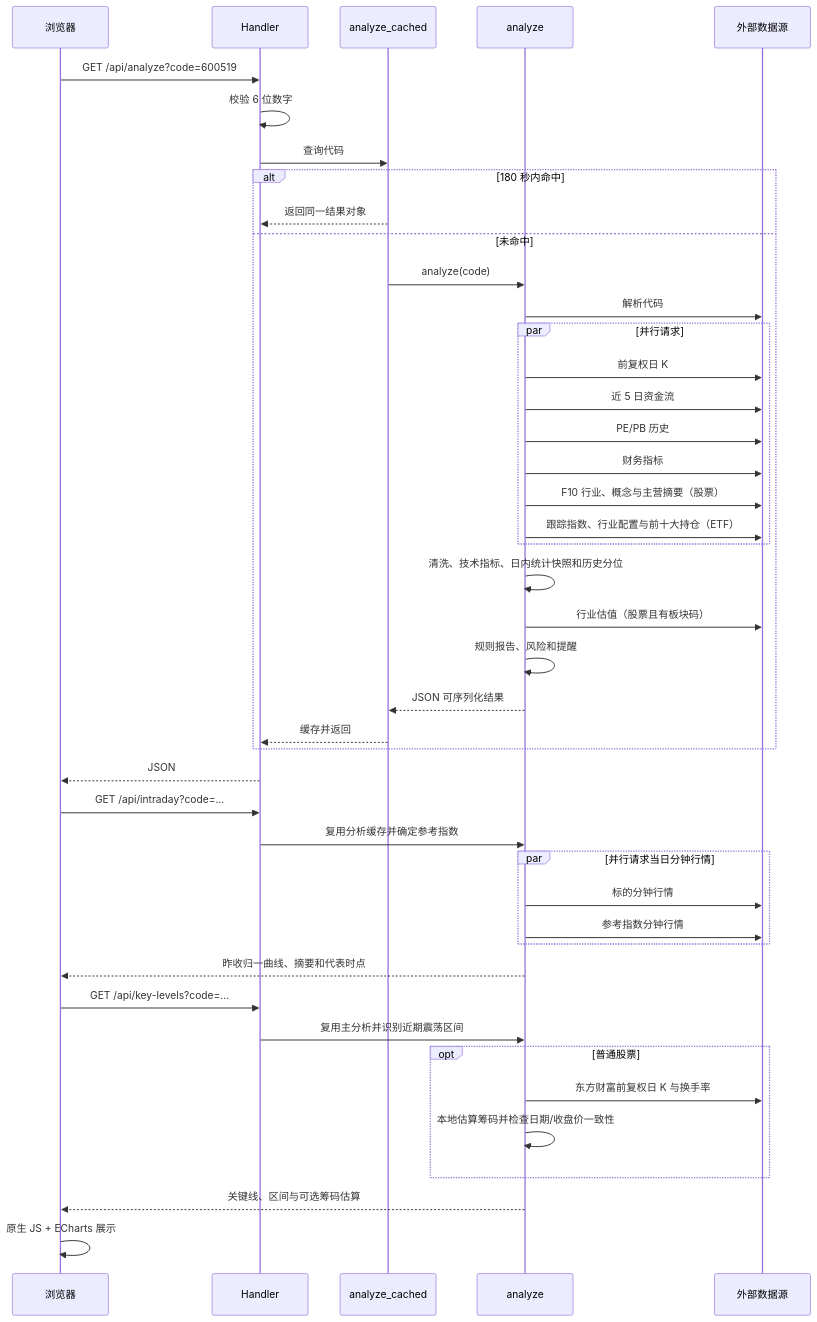
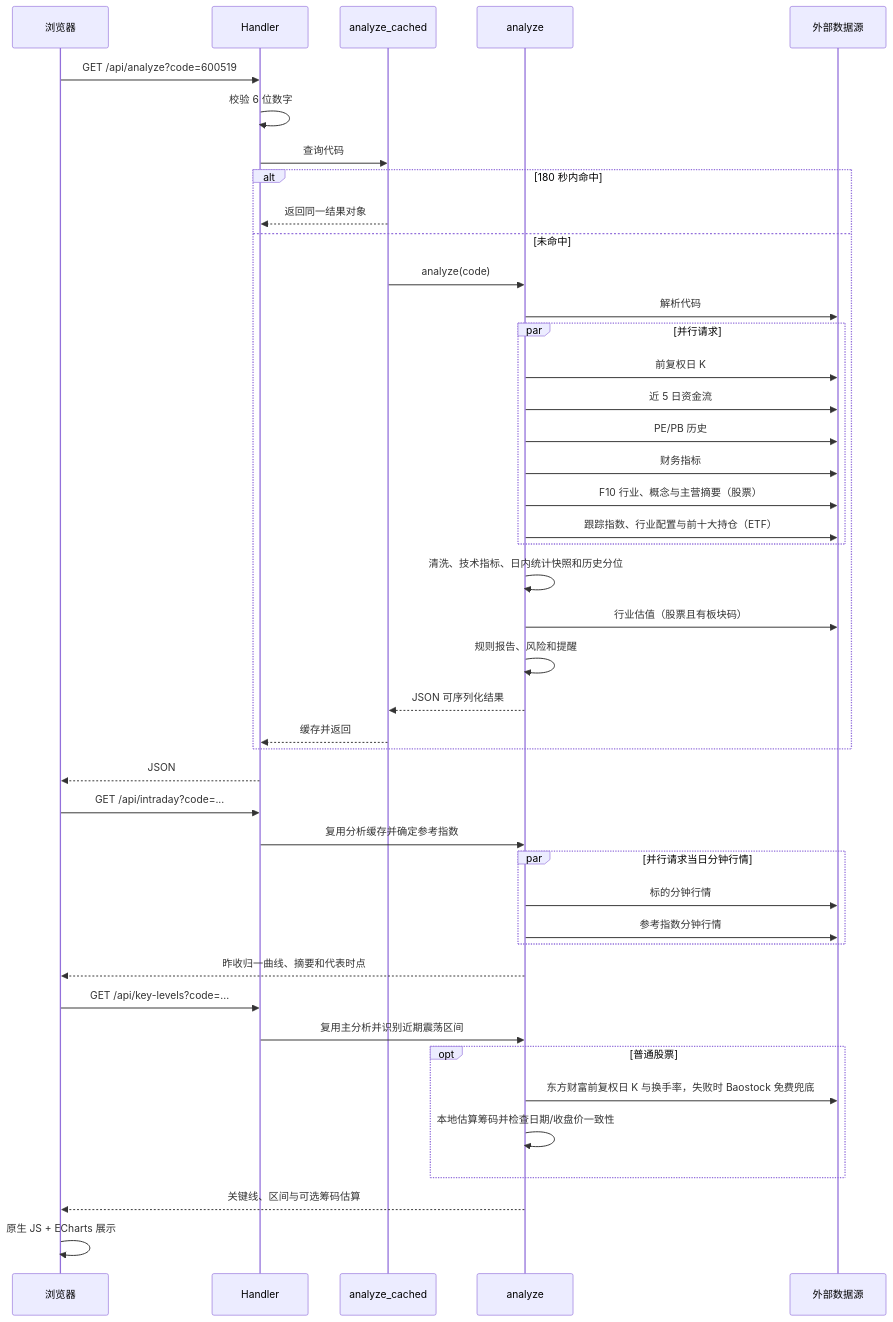
One commit to pierson1936-crypto/valuation-dashboard changed the second of 2 diagrams in docs/ARCHITECTURE.md. Above: the diagram before and after it, drawn with Mermaid. The commit also changed other lines of this file and 9 other files, not shown here.

````diff
--- a/docs/ARCHITECTURE.md
+++ b/docs/ARCHITECTURE.md
@@ -65,47 +66,47 @@
 ```mermaid
 sequenceDiagram
     participant User as 浏览器
     participant API as Handler
     participant Cache as analyze_cached
     participant Core as analyze
     participant Source as 外部数据源
 
     User->>API: GET /api/analyze?code=600519
     API->>API: 校验 6 位数字
     API->>Cache: 查询代码
     alt 180 秒内命中
         Cache-->>API: 返回同一结果对象
     else 未命中
         Cache->>Core: analyze(code)
         Core->>Source: 解析代码
         par 并行请求
             Core->>Source: 前复权日 K
             Core->>Source: 近 5 日资金流
             Core->>Source: PE/PB 历史
             Core->>Source: 财务指标
             Core->>Source: F10 行业、概念与主营摘要（股票）
             Core->>Source: 跟踪指数、行业配置与前十大持仓（ETF）
         end
         Core->>Core: 清洗、技术指标、日内统计快照和历史分位
         Core->>Source: 行业估值（股票且有板块码）
         Core->>Core: 规则报告、风险和提醒
         Core-->>Cache: JSON 可序列化结果
         Cache-->>API: 缓存并返回
     end
     API-->>User: JSON
     User->>API: GET /api/intraday?code=...
     API->>Core: 复用分析缓存并确定参考指数
     par 并行请求当日分钟行情
         Core->>Source: 标的分钟行情
         Core->>Source: 参考指数分钟行情
     end
     Core-->>User: 昨收归一曲线、摘要和代表时点
     User->>API: GET /api/key-levels?code=...
     API->>Core: 复用主分析并识别近期震荡区间
     opt 普通股票
-        Core->>Source: 东方财富前复权日 K 与换手率
+        Core->>Source: 东方财富前复权日 K 与换手率，失败时 Baostock 免费兜底
         Core->>Core: 本地估算筹码并检查日期/收盘价一致性
     end
     Core-->>User: 关键线、区间与可选筹码估算
     User->>User: 原生 JS + ECharts 展示
 ```
````
